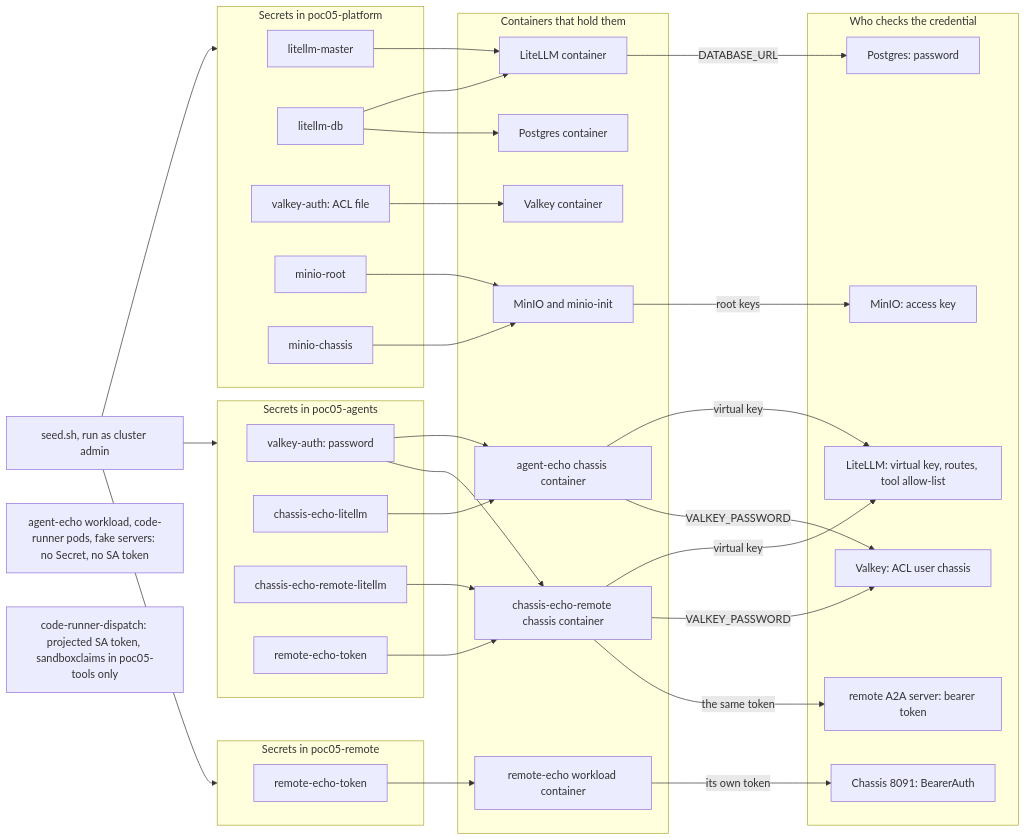
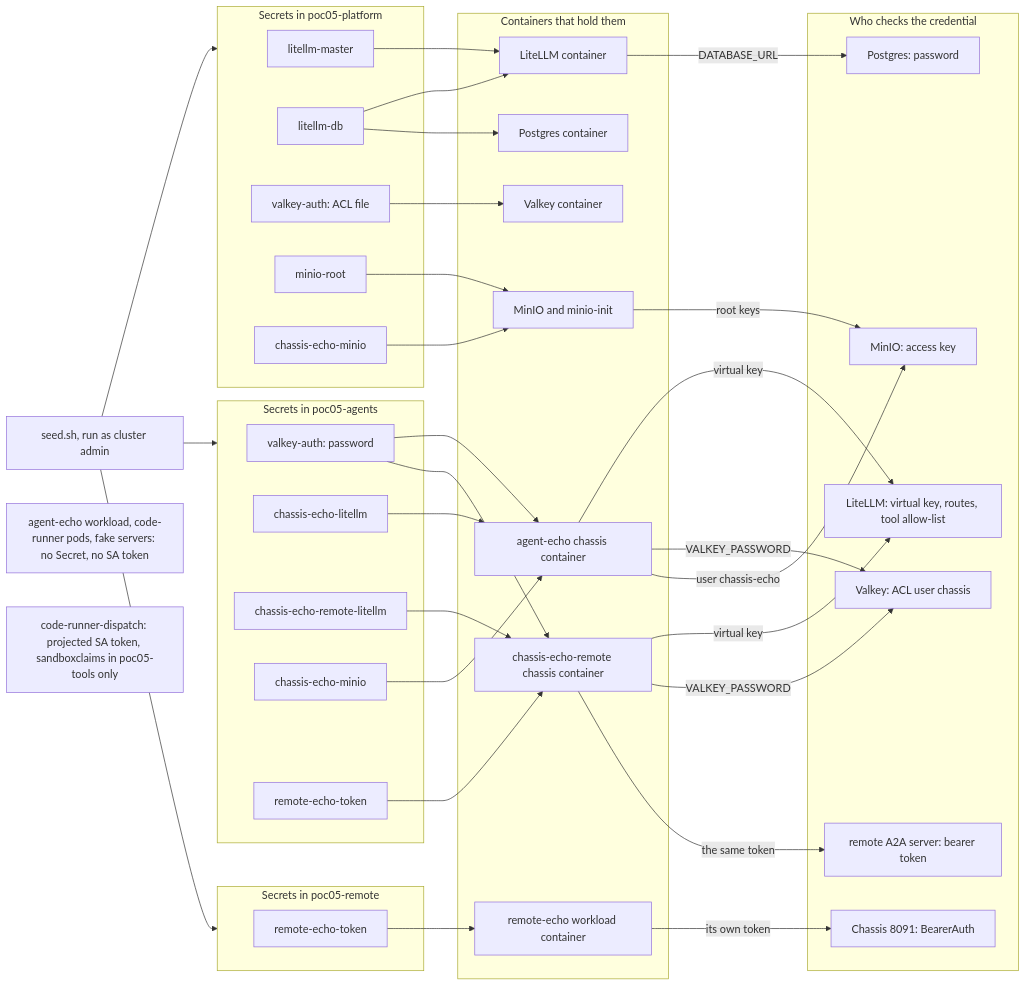
One commit to odere-pro/agent-playground changed the sixth of 6 diagrams in docs/guides/poc-05-how-it-works.md. Above: the diagram before and after it, drawn with Mermaid. The commit also changed other lines of this file and 9 other files, not shown here.

````diff
--- a/docs/guides/poc-05-how-it-works.md
+++ b/docs/guides/poc-05-how-it-works.md
@@ -402,63 +405,66 @@
 ```mermaid
 flowchart LR
     seed["seed.sh, run as cluster admin"]
     subgraph platformSecrets["Secrets in poc05-platform"]
         sMaster["litellm-master"]
         sDb["litellm-db"]
         sValkeyAcl["valkey-auth: ACL file"]
         sMinioRoot["minio-root"]
-        sMinioChassis["minio-chassis"]
+        sMinioEchoP["chassis-echo-minio"]
     end
     subgraph agentSecrets["Secrets in poc05-agents"]
         sValkeyPw["valkey-auth: password"]
         sKeyEcho["chassis-echo-litellm"]
         sKeyRemote["chassis-echo-remote-litellm"]
+        sMinioEchoA["chassis-echo-minio"]
         sTokA["remote-echo-token"]
     end
     subgraph remoteSecrets["Secrets in poc05-remote"]
         sTokR["remote-echo-token"]
     end
     subgraph holders["Containers that hold them"]
         cLitellm["LiteLLM container"]
         cPg["Postgres container"]
         cValkey["Valkey container"]
         cMinio["MinIO and minio-init"]
         cChS["agent-echo chassis container"]
         cChR["chassis-echo-remote chassis container"]
         cWR["remote-echo workload container"]
     end
     noSecret["agent-echo workload, code-runner pods, fake servers: no Secret, no SA token"]
     dispatchTok["code-runner-dispatch: projected SA token, sandboxclaims in poc05-tools only"]
     subgraph checks["Who checks the credential"]
         vLitellm["LiteLLM: virtual key, routes, tool allow-list"]
         vPg["Postgres: password"]
         vValkey["Valkey: ACL user chassis"]
         vMinio["MinIO: access key"]
         vListener["Chassis 8091: BearerAuth"]
         vA2A["remote A2A server: bearer token"]
     end
 
     seed --> platformSecrets
     seed --> agentSecrets
     seed --> remoteSecrets
     sMaster --> cLitellm
     sDb --> cLitellm
     sDb --> cPg
     sValkeyAcl --> cValkey
     sMinioRoot --> cMinio
-    sMinioChassis --> cMinio
+    sMinioEchoP --> cMinio
+    sMinioEchoA --> cChS
     sValkeyPw --> cChS
     sValkeyPw --> cChR
     sKeyEcho --> cChS
     sKeyRemote --> cChR
     sTokA --> cChR
     sTokR --> cWR
     cChS -->|"virtual key"| vLitellm
     cChR -->|"virtual key"| vLitellm
     cChS -->|"VALKEY_PASSWORD"| vValkey
     cChR -->|"VALKEY_PASSWORD"| vValkey
     cLitellm -->|"DATABASE_URL"| vPg
     cMinio -->|"root keys"| vMinio
+    cChS -->|"user chassis-echo"| vMinio
     cWR -->|"its own token"| vListener
     cChR -->|"the same token"| vA2A
 ```
````
